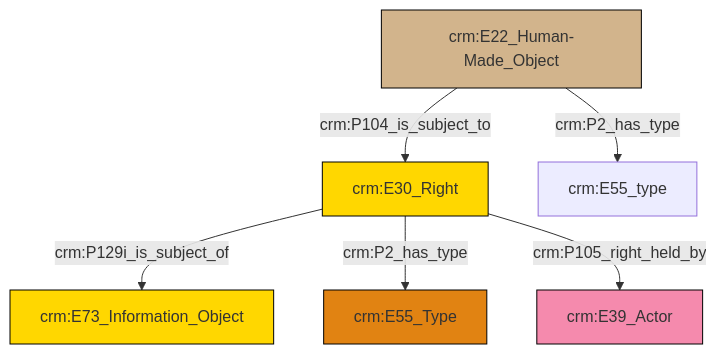
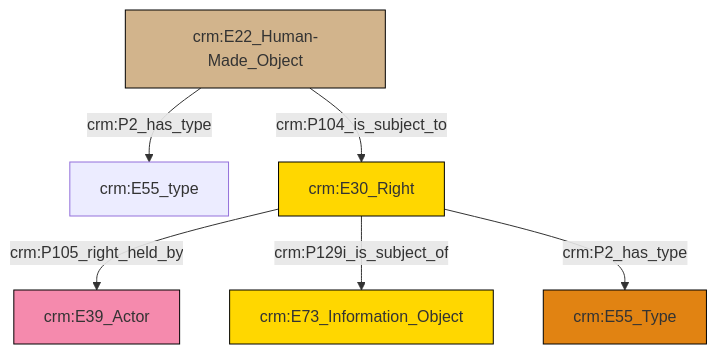
Before and after one commit to swiss-art-research-net/reference-data-models: the diagram in et/builtWorkCSV/ttl/mmd/Built_Work_rights.ttl.mmd, drawn with Mermaid. The commit also changed 123 other files, not shown here.

```diff
--- a/et/builtWorkCSV/ttl/mmd/Built_Work_rights.ttl.mmd
+++ b/et/builtWorkCSV/ttl/mmd/Built_Work_rights.ttl.mmd
@@ -1,20 +1,20 @@
 graph TD
 classDef Literal fill:#f2f2f2,stroke:#000000;
 classDef CRM_Entity fill:#FFFFFF,stroke:#000000;
 classDef Temporal_Entity fill:#00C9E6, stroke:#000000;
 classDef Type fill:#E18312, stroke:#000000;
 classDef Time-Span fill:#2C9C91, stroke:#000000;
 classDef Appellation fill:#FFEB7F, stroke:#000000;
 classDef Place fill:#008836, stroke:#000000;
 classDef Persistent_Item fill:#B266B2, stroke:#000000;
 classDef Conceptual_Object fill:#FFD700, stroke:#000000;
 classDef Physical_Thing fill:#D2B48C, stroke:#000000;
 classDef Actor fill:#f58aad, stroke:#000000;
 classDef PC_Classes fill:#4ce600, stroke:#000000;
 classDef Multi fill:#cccccc,stroke:#000000;
 
-0["crm:E22_Human-Made_Object"]:::Physical_Thing -->|crm:P104_is_subject_to| 1["crm:E30_Right"]:::Conceptual_Object
-1["crm:E30_Right"]:::Conceptual_Object -->|crm:P129i_is_subject_of| 2["crm:E73_Information_Object"]:::Conceptual_Object
-1["crm:E30_Right"]:::Conceptual_Object -->|crm:P2_has_type| 7["crm:E55_Type"]:::Type
-0["crm:E22_Human-Made_Object"]:::Physical_Thing -->|crm:P2_has_type| 8["crm:E55_type"]:::Default
-1["crm:E30_Right"]:::Conceptual_Object -->|crm:P105_right_held_by| 4["crm:E39_Actor"]:::Actor
+2["crm:E30_Right"]:::Conceptual_Object -->|crm:P105_right_held_by| 3["crm:E39_Actor"]:::Actor
+5["crm:E22_Human-Made_Object"]:::Physical_Thing -->|crm:P2_has_type| 0["crm:E55_type"]:::Default
+5["crm:E22_Human-Made_Object"]:::Physical_Thing -->|crm:P104_is_subject_to| 2["crm:E30_Right"]:::Conceptual_Object
+2["crm:E30_Right"]:::Conceptual_Object -->|crm:P129i_is_subject_of| 7["crm:E73_Information_Object"]:::Conceptual_Object
+2["crm:E30_Right"]:::Conceptual_Object -->|crm:P2_has_type| 9["crm:E55_Type"]:::Type
```
